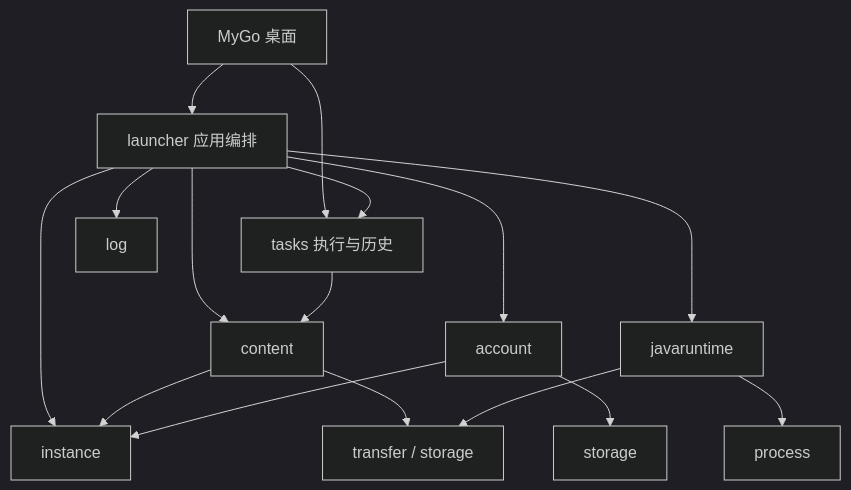
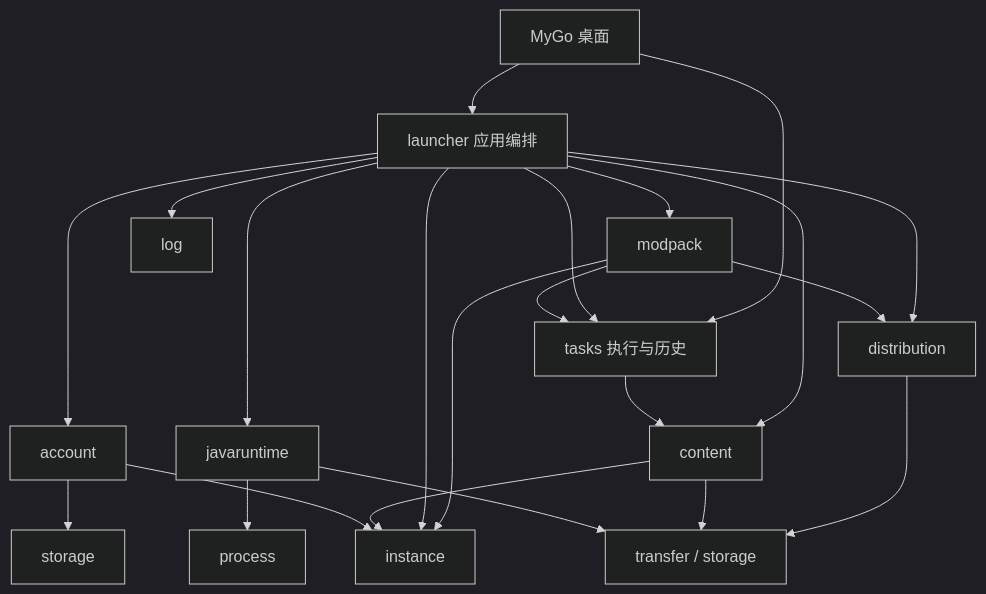
The diagram in docs/architecture.md (CAUCraft/LXMCL), drawn with Mermaid (dark theme) before and after one commit. The commit also changed other lines of this file and 38 other files, not shown here.

````diff
--- a/docs/architecture.md
+++ b/docs/architecture.md
@@ -25,18 +27,24 @@
 ```mermaid
 flowchart TD
     UI[MyGo 桌面] --> Launcher[launcher 应用编排]
     UI --> Tasks[tasks 执行与历史]
     Launcher --> Tasks
     Launcher --> Account[account]
     Launcher --> Java[javaruntime]
     Launcher --> Content[content]
+    Launcher --> Modpack[modpack]
+    Launcher --> Distribution[distribution]
+    Modpack --> Distribution
+    Modpack --> Instance
+    Modpack --> Tasks
+    Distribution --> Transfer
     Launcher --> Instance[instance]
     Tasks --> Content
     Content --> Instance
     Content --> Transfer[transfer / storage]
     Java --> Transfer
     Java --> Process[process]
     Account --> Instance
     Account --> Storage[storage]
     Launcher --> Logs[log]
 ```
````
